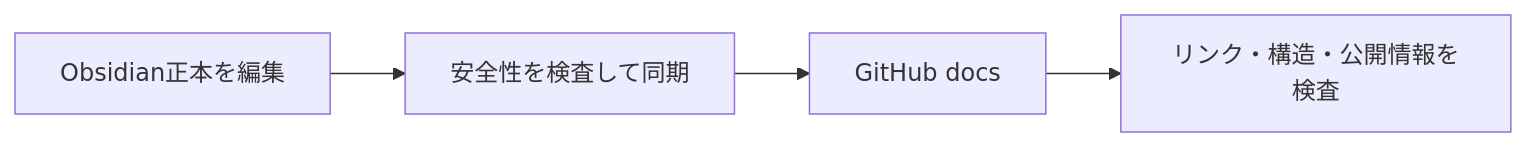
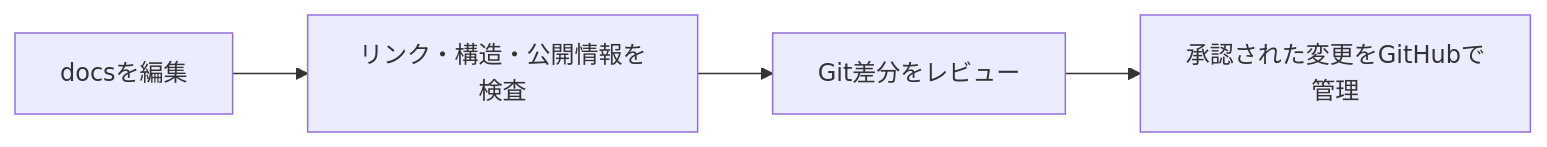
The diagram in docs/README.md (pitekusu/shittim-chest), drawn with Mermaid before and after one commit. The commit also changed other lines of this file and 9 other files, not shown here.

````diff
--- a/docs/README.md
+++ b/docs/README.md
@@ -11,6 +13,6 @@
 ```mermaid
 flowchart LR
-    Source[Obsidian正本を編集] --> Sync[安全性を検査して同期]
-    Sync --> Mirror[GitHub docs]
-    Mirror --> Check[リンク・構造・公開情報を検査]
+    Source[docsを編集] --> Check[リンク・構造・公開情報を検査]
+    Check --> Review[Git差分をレビュー]
+    Review --> GitHub[承認された変更をGitHubで管理]
 ```
````
